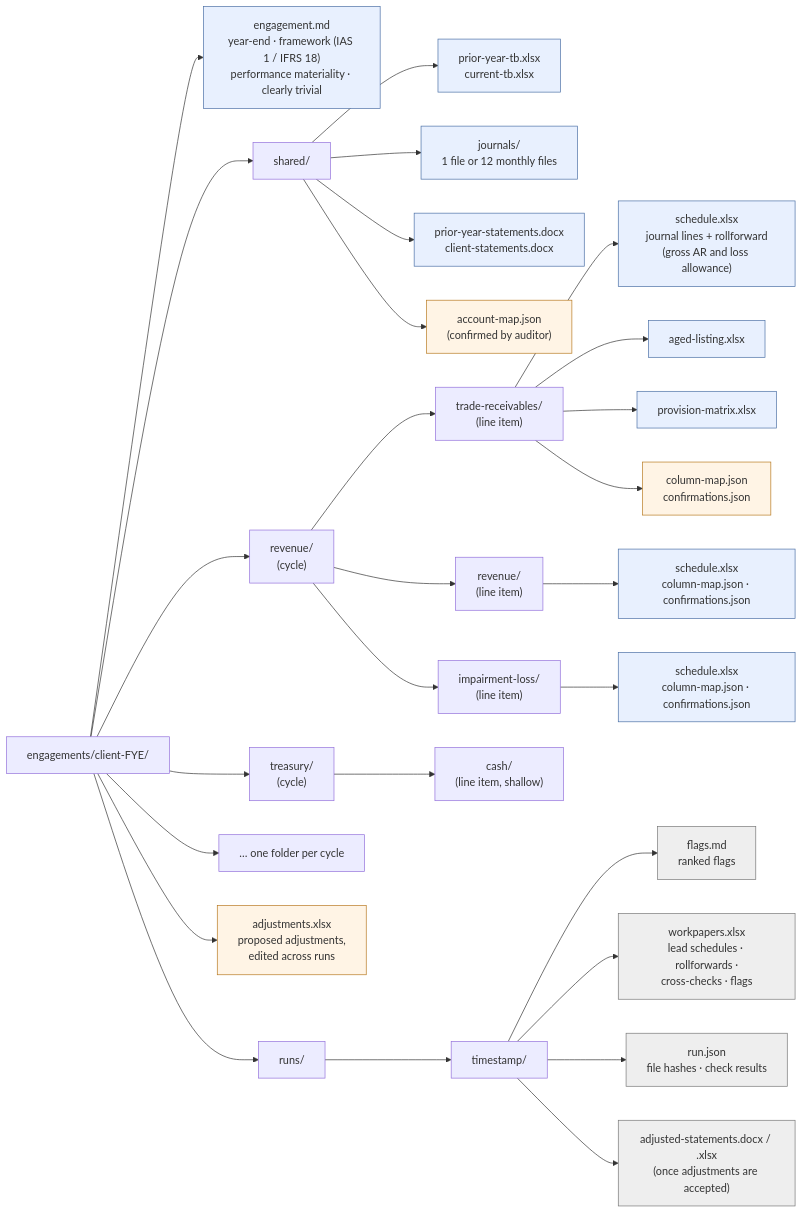
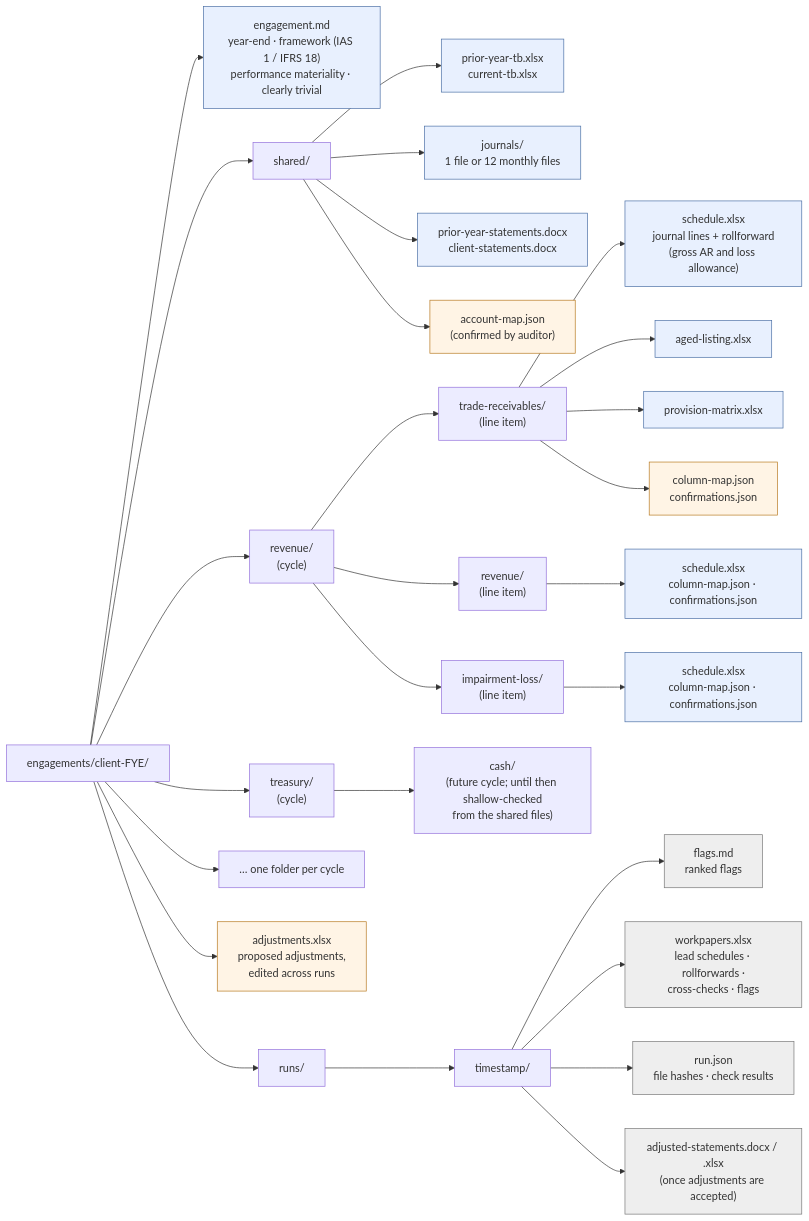
One commit to chentejung/mpcs_design_build_ship_project changed the first of 5 diagrams in docs/skills-harness-diagrams.md. Above: the diagram before and after it, drawn with Mermaid. The commit also changed other lines of this file and 28 other files, not shown here.

````diff
--- a/docs/skills-harness-diagrams.md
+++ b/docs/skills-harness-diagrams.md
@@ -17,44 +17,44 @@
 ```mermaid
 flowchart LR
     ENG["engagements/client-FYE/"]
 
     ENG --> SET["engagement.md<br/>year-end · framework (IAS 1 / IFRS 18)<br/>performance materiality · clearly trivial"]
     ENG --> SH["shared/"]
     ENG --> REV["revenue/<br/>(cycle)"]
     ENG --> TRE["treasury/<br/>(cycle)"]
     ENG --> OTH["… one folder per cycle"]
     ENG --> ADJ["adjustments.xlsx<br/>proposed adjustments,<br/>edited across runs"]
     ENG --> RUNS["runs/"]
 
     SH --> SH1["prior-year-tb.xlsx<br/>current-tb.xlsx"]
     SH --> SH2["journals/<br/>1 file or 12 monthly files"]
     SH --> SH3["prior-year-statements.docx<br/>client-statements.docx"]
     SH --> SH4["account-map.json<br/>(confirmed by auditor)"]
 
     REV --> AR["trade-receivables/<br/>(line item)"]
     REV --> RV["revenue/<br/>(line item)"]
     REV --> IL["impairment-loss/<br/>(line item)"]
 
     AR --> AR1["schedule.xlsx<br/>journal lines + rollforward<br/>(gross AR and loss allowance)"]
     AR --> AR2["aged-listing.xlsx"]
     AR --> AR3["provision-matrix.xlsx"]
     AR --> AR4["column-map.json<br/>confirmations.json"]
 
     RV --> RV1["schedule.xlsx<br/>column-map.json · confirmations.json"]
     IL --> IL1["schedule.xlsx<br/>column-map.json · confirmations.json"]
 
-    TRE --> CASH["cash/<br/>(line item, shallow)"]
+    TRE --> CASH["cash/<br/>(future cycle; until then shallow-checked<br/>from the shared files)"]
 
     RUNS --> RUN["timestamp/"]
     RUN --> R1["flags.md<br/>ranked flags"]
     RUN --> R2["workpapers.xlsx<br/>lead schedules · rollforwards ·<br/>cross-checks · flags"]
     RUN --> R3["run.json<br/>file hashes · check results"]
     RUN --> R4["adjusted-statements.docx / .xlsx<br/>(once adjustments are accepted)"]
 
     classDef auditor fill:#e8f0fe,stroke:#4a6fa5
     classDef agent fill:#fff4e5,stroke:#b7791f
     classDef immutable fill:#eeeeee,stroke:#777777
     class SET,SH1,SH2,SH3,AR1,AR2,AR3,RV1,IL1 auditor
     class SH4,AR4,ADJ agent
     class R1,R2,R3,R4 immutable
 ```
````
